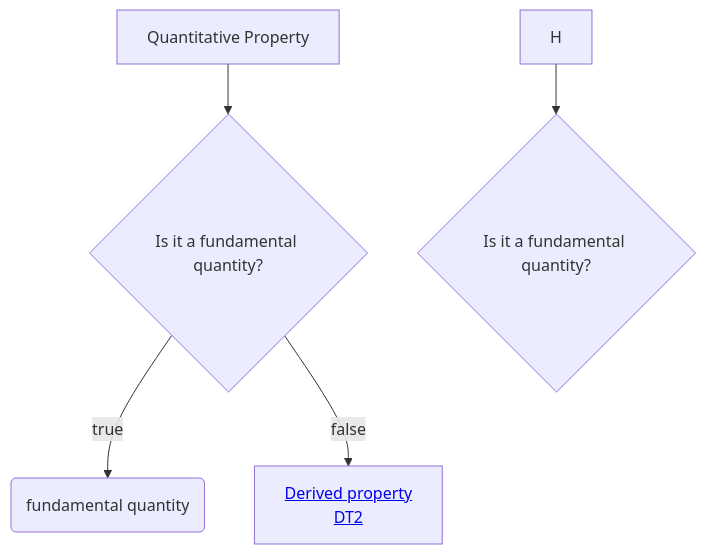
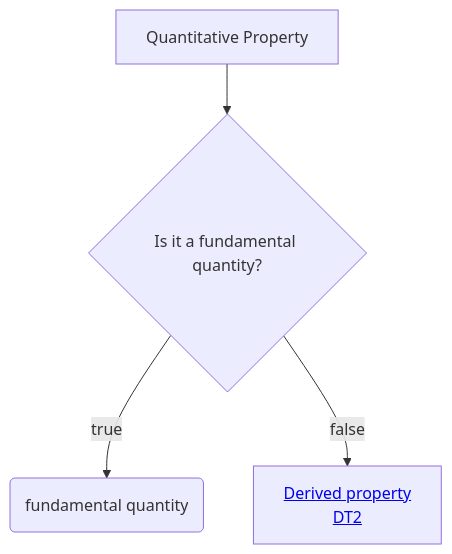
The diagram in Decisition_trees/DT1.mmd (mabablue/I-ADOPT-patterns-playground), drawn with Mermaid before and after one commit.

```diff
--- a/Decisition_trees/DT1.mmd
+++ b/Decisition_trees/DT1.mmd
@@ -1,5 +1,4 @@
 flowchart TD
     A[Quantitative Property] --> B{Is it a fundamental quantity?}
-    H --> I{Is it a fundamental quantity?}
     B --> |true|C(fundamental quantity)
     B --> |false|D[<a href='https://github.com/mabablue/I-ADOPT-patterns-playground/blob/main/Decisition_trees/DT2.mmd'>Derived property <br> DT2</a>] 
```
